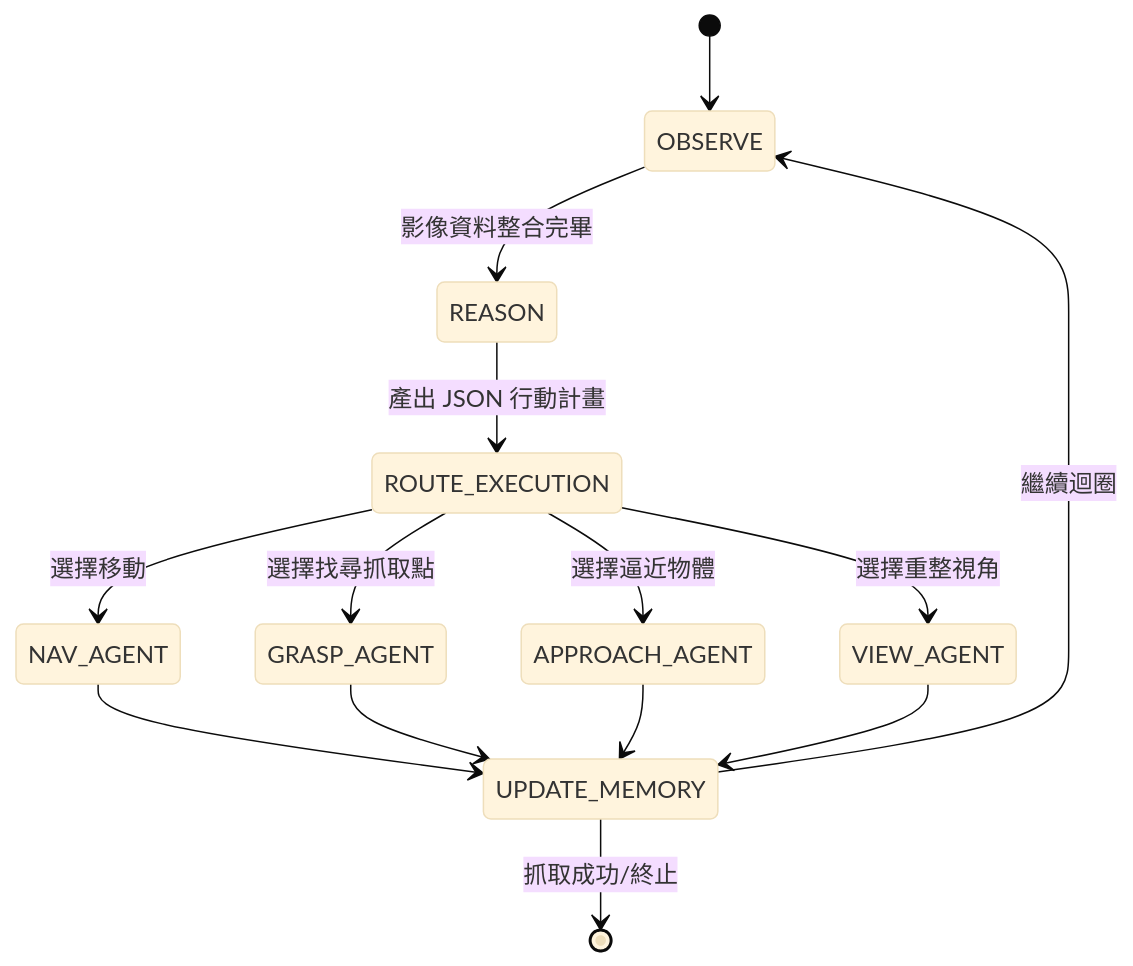
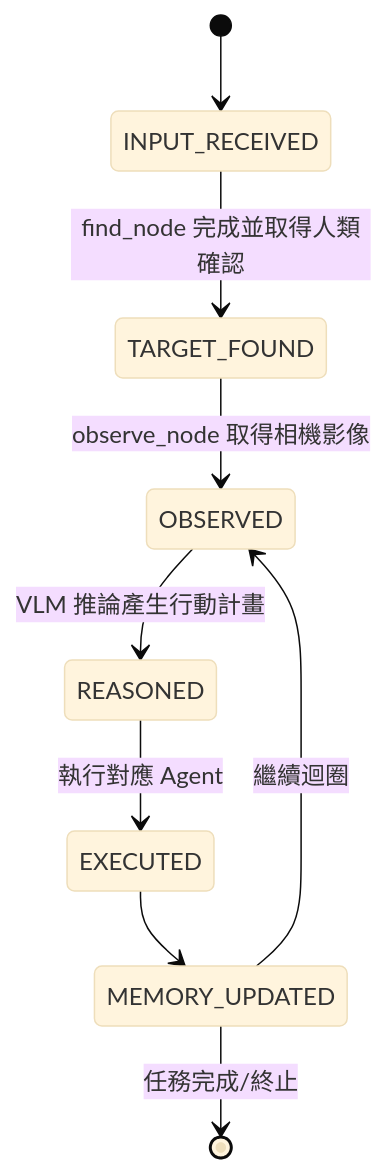
The eighth of 8 diagrams in docs/spec.md (tj1125/pros_workflow), drawn with Mermaid (base theme) before and after one commit. The commit also changed other lines of this file and 10 other files, not shown here.

Commit message:
feat: add find_node, config/, find_agent.py for on-demand object detection

````diff
--- a/docs/spec.md
+++ b/docs/spec.md
@@ -167,18 +192,11 @@
 ```mermaid
 stateDiagram-v2
-  [*] --> OBSERVE
-  OBSERVE --> REASON : 影像資料整合完畢
-  REASON --> ROUTE_EXECUTION : 產出 JSON 行動計畫
-  ROUTE_EXECUTION --> NAV_AGENT : 選擇移動
-  ROUTE_EXECUTION --> GRASP_AGENT : 選擇找尋抓取點
-  ROUTE_EXECUTION --> APPROACH_AGENT : 選擇逼近物體
-  ROUTE_EXECUTION --> VIEW_AGENT : 選擇重整視角
-  
-  NAV_AGENT --> UPDATE_MEMORY
-  GRASP_AGENT --> UPDATE_MEMORY
-  APPROACH_AGENT --> UPDATE_MEMORY
-  VIEW_AGENT --> UPDATE_MEMORY
-  
-  UPDATE_MEMORY --> OBSERVE : 繼續迴圈
-  UPDATE_MEMORY --> [*] : 抓取成功/終止
+  [*] --> INPUT_RECEIVED
+  INPUT_RECEIVED --> TARGET_FOUND : find_node 完成並取得人類確認
+  TARGET_FOUND --> OBSERVED : observe_node 取得相機影像
+  OBSERVED --> REASONED : VLM 推論產生行動計畫
+  REASONED --> EXECUTED : 執行對應 Agent
+  EXECUTED --> MEMORY_UPDATED
+  MEMORY_UPDATED --> OBSERVED : 繼續迴圈
+  MEMORY_UPDATED --> [*] : 任務完成/終止
 ```
````
